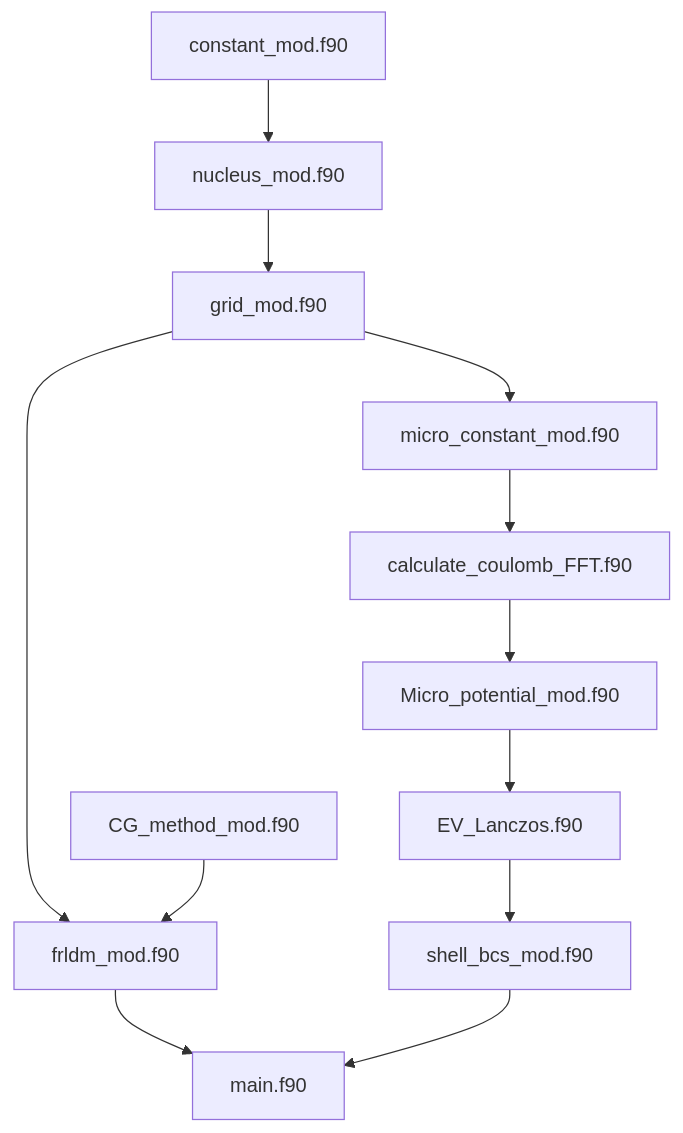
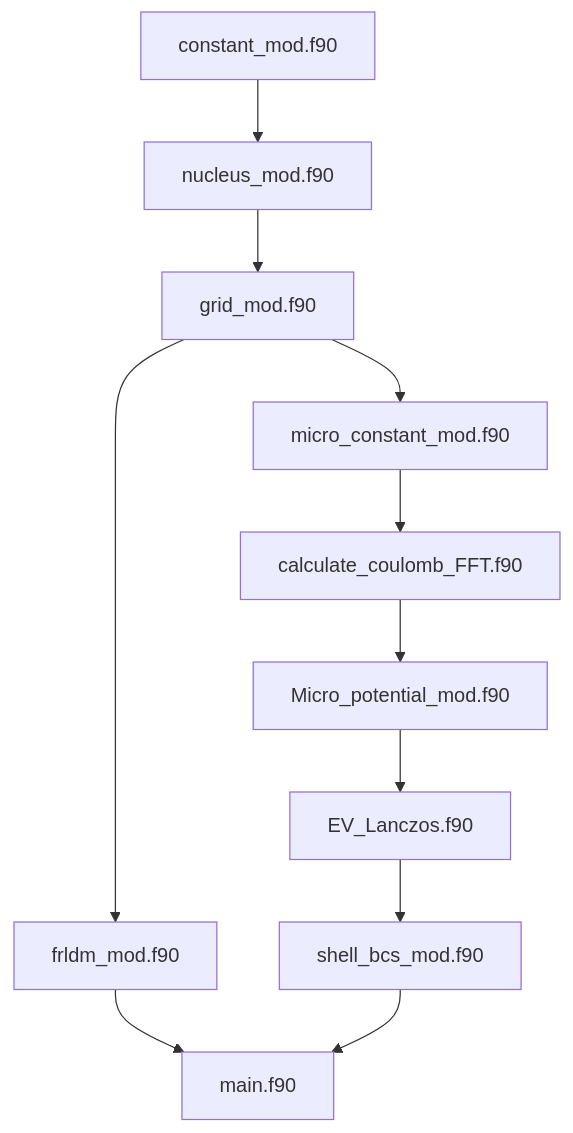
The diagram in README.md (tanamarugithuber/Microscopic-Macroscopic-), drawn with Mermaid before and after one commit. The commit also changed other lines of this file, not shown here.

````diff
--- a/README.md
+++ b/README.md
@@ -23,15 +23,14 @@
 ```mermaid
 graph TD;
     constant_mod.f90-->nucleus_mod.f90;
     nucleus_mod.f90-->grid_mod.f90;
     grid_mod.f90-->frldm_mod.f90;
     grid_mod.f90-->micro_constant_mod.f90;
     micro_constant_mod.f90-->calculate_coulomb_FFT.f90
-    CG_method_mod.f90-->frldm_mod.f90;
     calculate_coulomb_FFT.f90-->Micro_potential_mod.f90
     Micro_potential_mod.f90-->EV_Lanczos.f90
     EV_Lanczos.f90-->shell_bcs_mod.f90
     frldm_mod.f90-->main.f90
     shell_bcs_mod.f90-->main.f90
 
 ```
````
